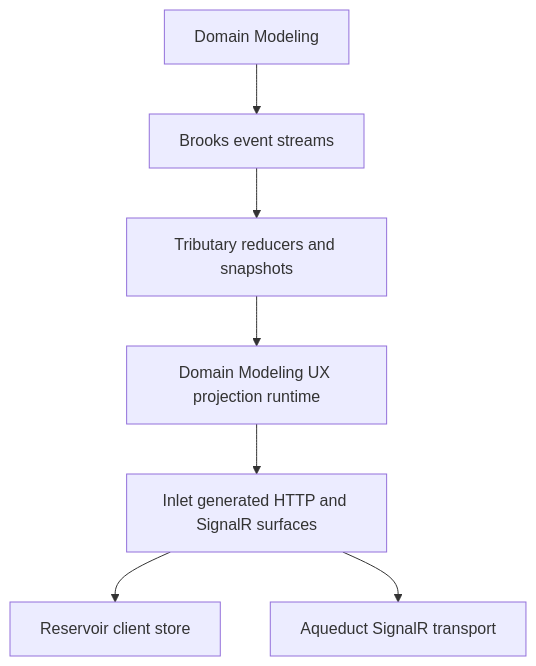
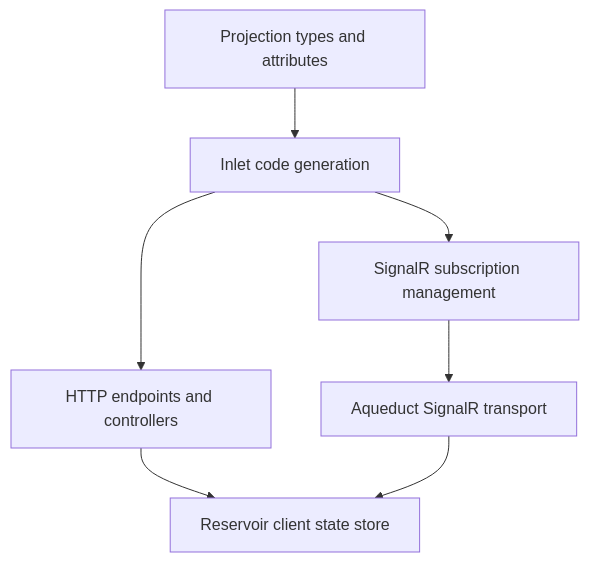
Before and after one commit to Gibbs-Morris/mississippi: the second of 2 diagrams in docs/Docusaurus/docs/concepts/architectural-model.md, drawn with Mermaid. The commit also changed other lines of this file, not shown here.

Commit message:
Refine architectural model concepts wording +semver: skip

````diff
--- a/docs/Docusaurus/docs/concepts/architectural-model.md
+++ b/docs/Docusaurus/docs/concepts/architectural-model.md
@@ -45,9 +56,9 @@
 ```mermaid
 flowchart TB
-    A[Domain Modeling] --> B[Brooks event streams]
-    B --> C[Tributary reducers and snapshots]
-    C --> D[Domain Modeling UX projection runtime]
-    D --> E[Inlet generated HTTP and SignalR surfaces]
-    E --> F[Reservoir client store]
-    E --> G[Aqueduct SignalR transport]
+    P[Projection types and attributes] --> IN[Inlet code generation]
+    IN --> HTTP[HTTP endpoints and controllers]
+    IN --> SUB[SignalR subscription management]
+    SUB --> AQ[Aqueduct SignalR transport]
+    HTTP --> RS[Reservoir client state store]
+    AQ --> RS
 ```
````
